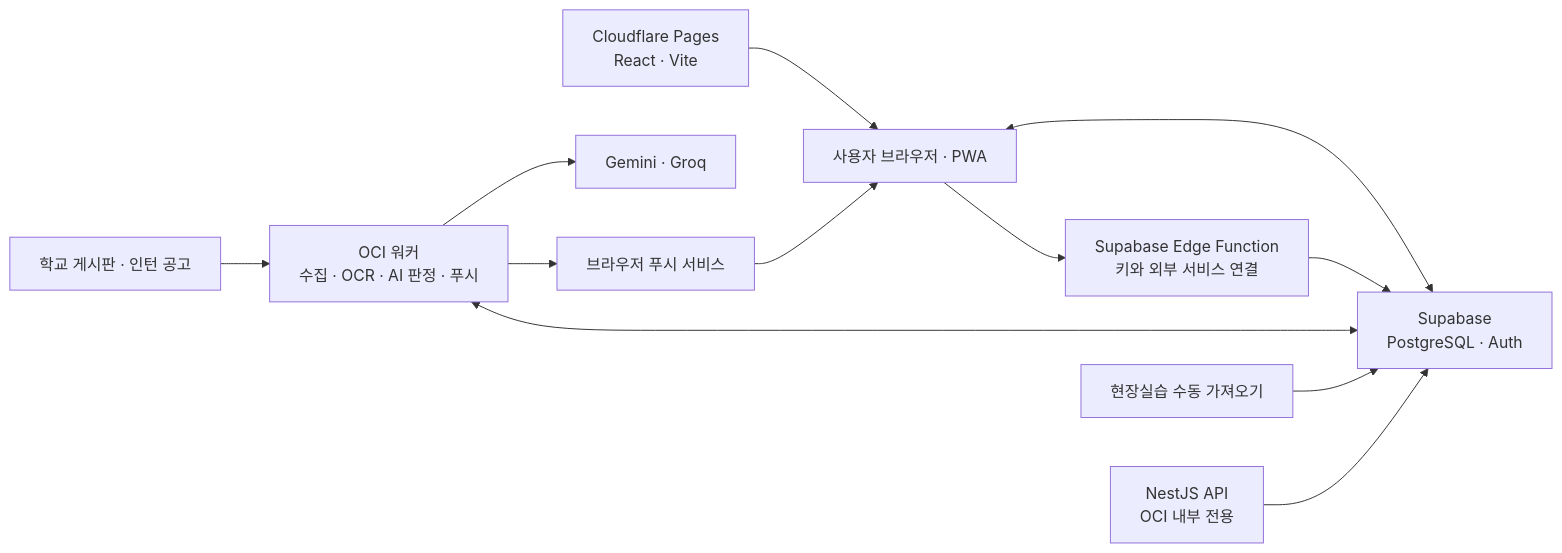
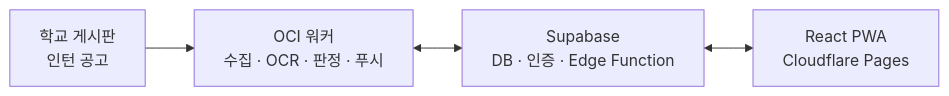
Before and after one commit to aniseongu/skku-notice-platform: the diagram in README.md, drawn with Mermaid. The commit also changed other lines of this file, not shown here.

Commit message:
docs: simplify architecture diagram
검증: README 구조와 실제 서비스 연결 경로 대조

````diff
--- a/README.md
+++ b/README.md
@@ -27,14 +27,6 @@
 ```mermaid
 flowchart LR
-  Pages["Cloudflare Pages<br/>React · Vite"] --> User["사용자 브라우저 · PWA"]
-  User <--> Supabase["Supabase<br/>PostgreSQL · Auth"]
-  User --> Edge["Supabase Edge Function<br/>키와 외부 서비스 연결"]
-  Edge --> Supabase
-  Sources[학교 게시판 · 인턴 공고] --> Workers["OCI 워커<br/>수집 · OCR · AI 판정 · 푸시"]
-  Workers <--> Supabase
-  Workers --> AI[Gemini · Groq]
-  Workers --> Push[브라우저 푸시 서비스]
-  Push --> User
-  Import[현장실습 수동 가져오기] --> Supabase
-  API["NestJS API<br/>OCI 내부 전용"] --> Supabase
+  Sources["학교 게시판<br/>인턴 공고"] --> Workers["OCI 워커<br/>수집 · OCR · 판정 · 푸시"]
+  Workers <--> Supabase["Supabase<br/>DB · 인증 · Edge Function"]
+  Supabase <--> Web["React PWA<br/>Cloudflare Pages"]
 ```
````
